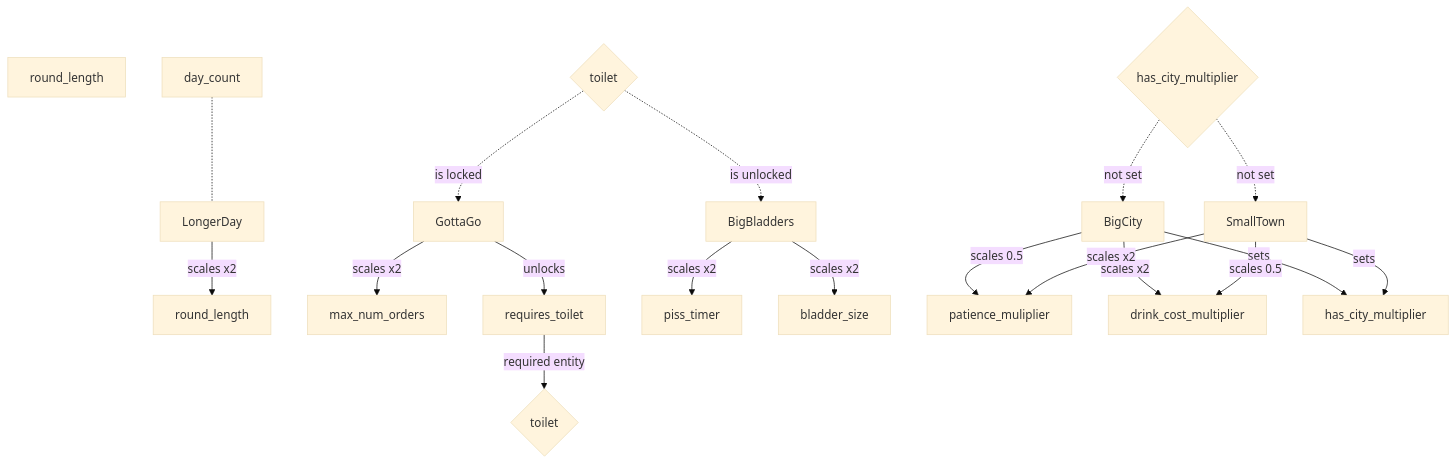
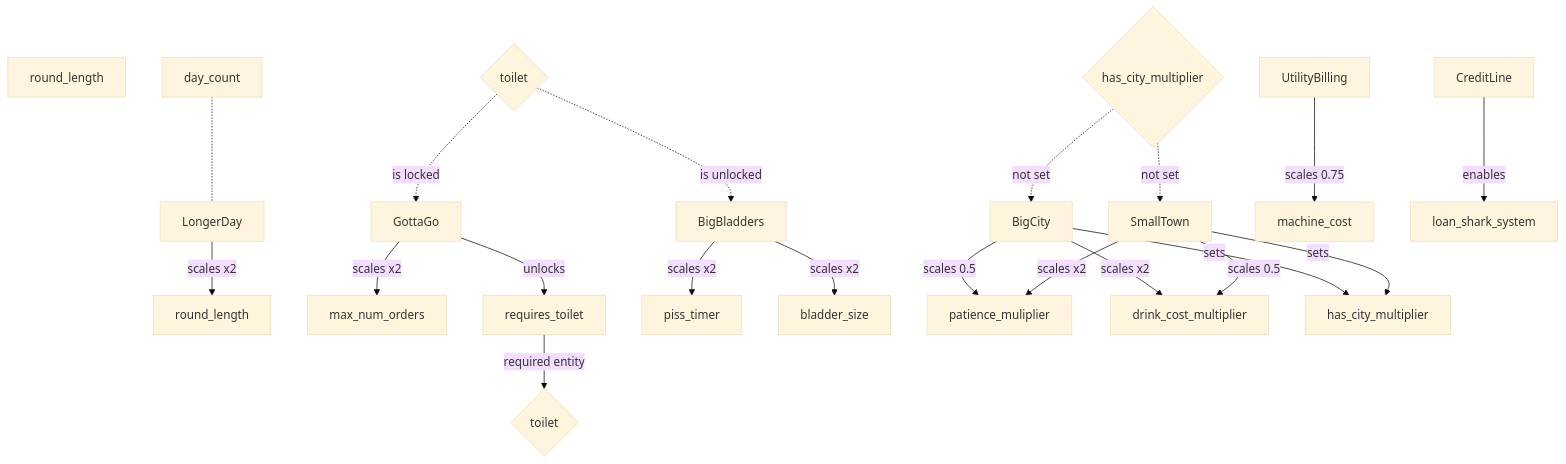
Before and after one commit to gabeochoa/pharmasea: the diagram in progression_tree.md, drawn with Mermaid (base theme). The commit also changed other lines of this file and 3 other files, not shown here.

````diff
--- a/progression_tree.md
+++ b/progression_tree.md
@@ -392,44 +403,48 @@
 ```mermaid
 flowchart TD
 
 LongerDay -- scales x2 --> round_length
 
 effect[round_length]
 
 pr1[day_count] -.- LongerDay
 
   
 
 GottaGo -- scales x2 --> max_num_orders
 
 GottaGo -- unlocks --> requires_toilet
 
 requires_toilet -- required entity --> et{toilet}
 
 rqet{toilet} -. is locked .-> GottaGo
 
   
 
 BigBladders -- scales x2 --> piss_timer
 
 BigBladders -- scales x2 --> bladder_size
 
 rqet{toilet} -. is unlocked .-> BigBladders
 
 BigCity -- scales 0.5 --> patience_muliplier
 
 BigCity -- scales x2 --> drink_cost_multiplier
 
 BigCity -- sets --> has_city_multiplier
 
 req{has_city_multiplier} -. not set .-> BigCity
 
 SmallTown -- scales x2 --> patience_muliplier
 
 SmallTown -- scales 0.5 --> drink_cost_multiplier
 
 SmallTown -- sets --> has_city_multiplier
 
 req{has_city_multiplier} -. not set .-> SmallTown
 
+UtilityBilling -- scales 0.75 --> machine_cost
+
+CreditLine -- enables --> loan_shark_system
+
 ```
````
